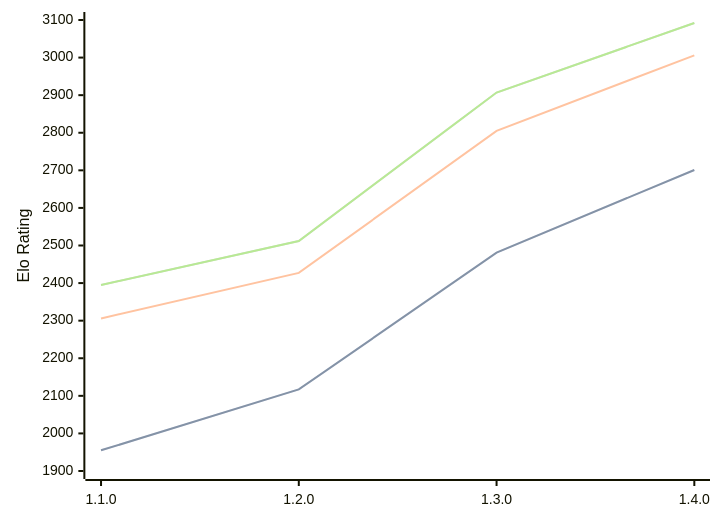
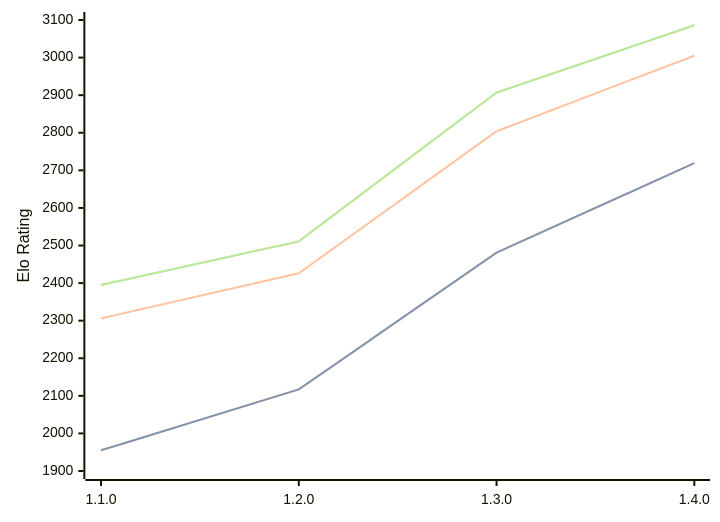
One commit to computer-chess-index/cci changed the diagram in engines/Gyatso.md. Above: the diagram before and after it, drawn with Mermaid. The commit also changed other lines of this file, not shown here.

Commit message:
Update CCI Ratings (ELO VLTC) - 2026-06-12

````diff
--- a/engines/Gyatso.md
+++ b/engines/Gyatso.md
@@ -35,11 +35,11 @@
 ```mermaid
 %%{init: {"theme":"base","themeVariables":{"seriesColors:['#a3a3a3','#222221','#faa371']}}}%%
 xychart-beta
   x-axis ["1.1.0", "1.2.0", "1.3.0", "1.4.0"]
   y-axis "Elo Rating" 1900 --> 3100
-  line "STC (8.0+0.08s)" [1955, 2117, 2481, 2701]
-  line "STC (8.0+0.08s)" [1955, 2117, 2481, 2701]
-  line "LTC (60.0+0.60s)" [2306, 2427, 2805, 3006]
-  line "VLTC (2m24s+1.12s)" [2395, 2512, 2907, 3092]
-  line "VLTC (2m24s+1.12s)" [2395, 2512, 2907, 3092]
+  line "STC (8.0+0.08s)" [1955, 2117, 2481, 2719]
+  line "STC (8.0+0.08s)" [1955, 2117, 2481, 2719]
+  line "LTC (60.0+0.60s)" [2306, 2426, 2804, 3005]
+  line "VLTC (2m24s+1.12s)" [2395, 2511, 2907, 3086]
+  line "VLTC (2m24s+1.12s)" [2395, 2511, 2907, 3086]
 ```
````
